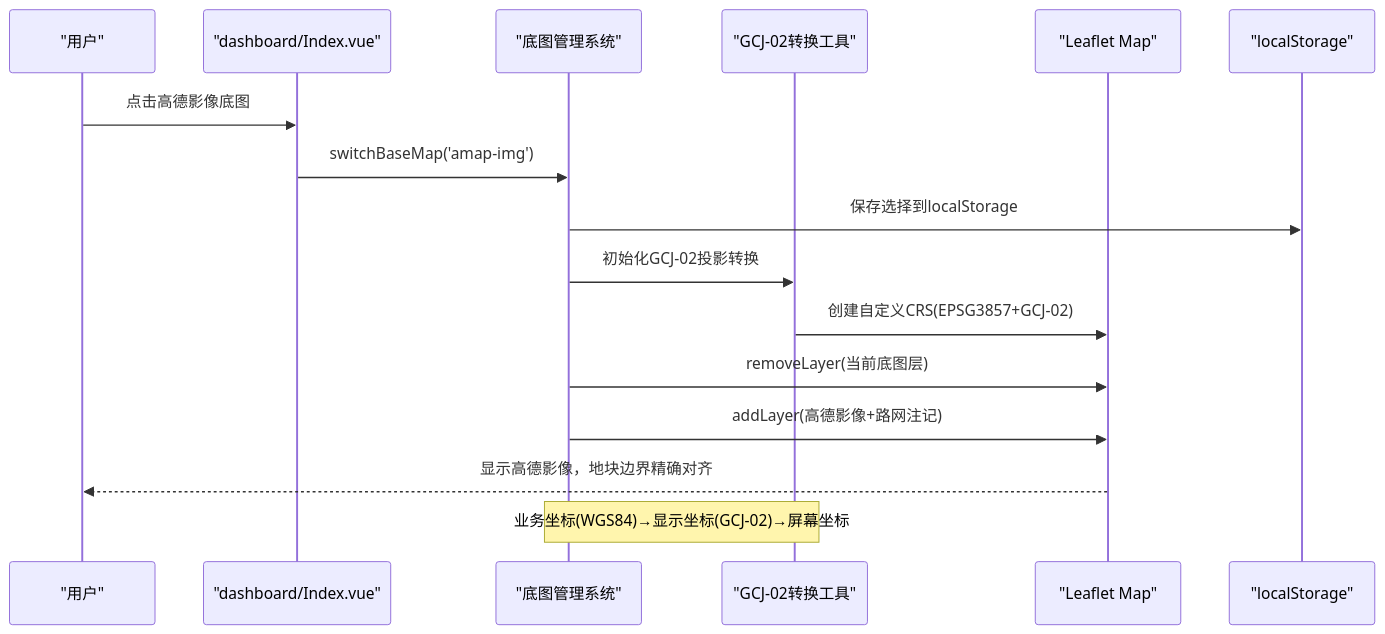
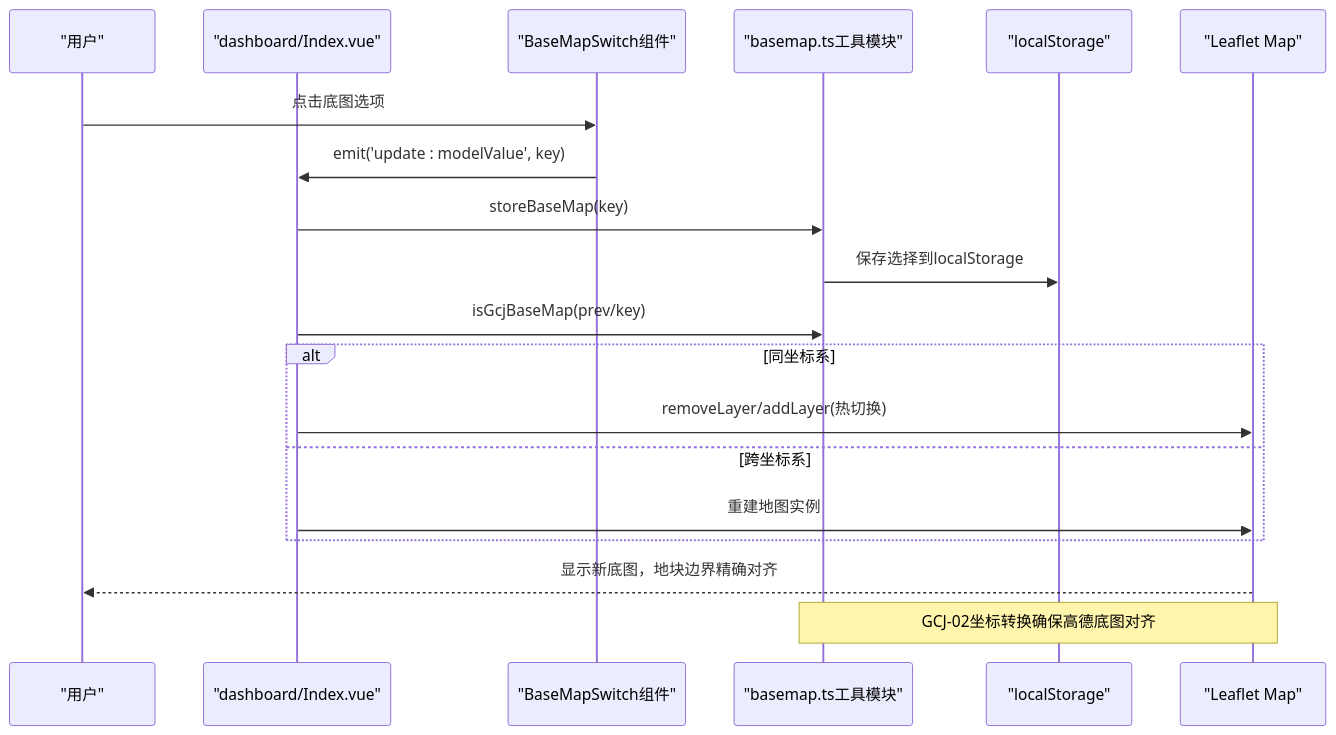
Before and after one commit to q446328246/agri-platform: the second of 9 diagrams in .qoder/repowiki/zh/content/前端应用文档/地图可视化.md, drawn with Mermaid. The commit also changed other lines of this file and 48 other files, not shown here.

````diff
--- a/.qoder/repowiki/zh/content/前端应用文档/地图可视化.md
+++ b/.qoder/repowiki/zh/content/前端应用文档/地图可视化.md
@@ -123,18 +159,21 @@
 ```mermaid
 sequenceDiagram
 participant User as "用户"
 participant Dashboard as "dashboard/Index.vue"
-participant BaseMap as "底图管理系统"
-participant Gcj02 as "GCJ-02转换工具"
+participant BaseMapSwitch as "BaseMapSwitch组件"
+participant BasemapUtils as "basemap.ts工具模块"
+participant Storage as "localStorage"
 participant Map as "Leaflet Map"
-participant Storage as "localStorage"
-User->>Dashboard : 点击高德影像底图
-Dashboard->>BaseMap : switchBaseMap('amap-img')
-BaseMap->>Storage : 保存选择到localStorage
-BaseMap->>Gcj02 : 初始化GCJ-02投影转换
-Gcj02->>Map : 创建自定义CRS(EPSG3857+GCJ-02)
-BaseMap->>Map : removeLayer(当前底图层)
-BaseMap->>Map : addLayer(高德影像+路网注记)
-Map-->>User : 显示高德影像，地块边界精确对齐
-Note over BaseMap,Gcj02 : 业务坐标(WGS84)→显示坐标(GCJ-02)→屏幕坐标
+User->>BaseMapSwitch : 点击底图选项
+BaseMapSwitch->>Dashboard : emit('update : modelValue', key)
+Dashboard->>BasemapUtils : storeBaseMap(key)
+BasemapUtils->>Storage : 保存选择到localStorage
+Dashboard->>BasemapUtils : isGcjBaseMap(prev/key)
+alt 同坐标系
+Dashboard->>Map : removeLayer/addLayer(热切换)
+else 跨坐标系
+Dashboard->>Map : 重建地图实例
+end
+Map-->>User : 显示新底图，地块边界精确对齐
+Note over BasemapUtils,Map : GCJ-02坐标转换确保高德底图对齐
 ```
````
